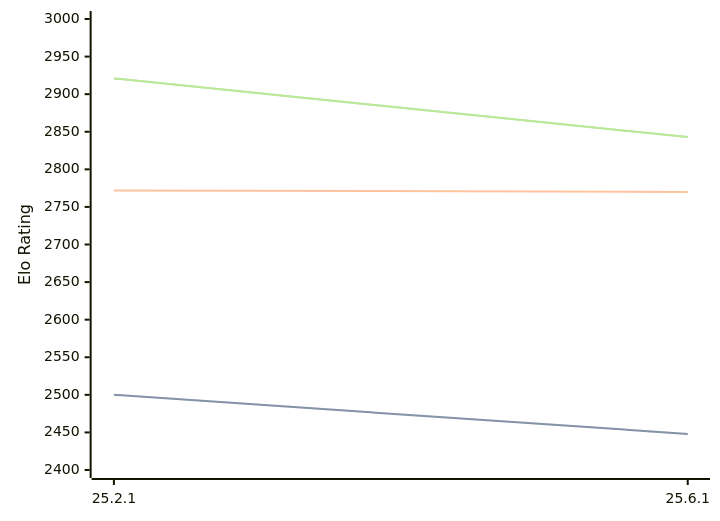
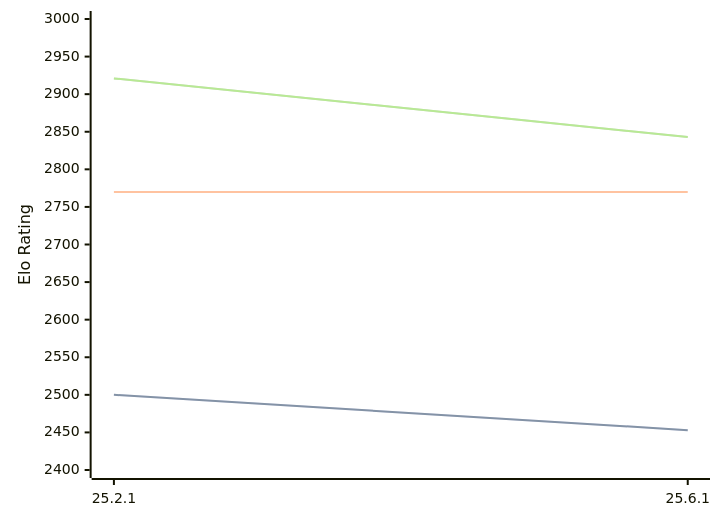
One commit to computer-chess-index/cci changed the diagram in engines/Crafty.md. Above: the diagram before and after it, drawn with Mermaid. The commit also changed other lines of this file, not shown here.

````diff
--- a/engines/Crafty.md
+++ b/engines/Crafty.md
@@ -32,11 +32,11 @@
 ```mermaid
 %%{init: {"theme":"base","themeVariables":{"seriesColors:['#a3a3a3','#222221','#faa371']}}}%%
 xychart-beta
   x-axis ["25.2.1", "25.6.1"]
   y-axis "Elo Rating" 2400 --> 3000
-  line "STC (8.0+0.08s)" [2500, 2448]
-  line "STC (8.0+0.08s)" [2500, 2448]
-  line "LTC (60.0+0.60s)" [2772, 2770]
+  line "STC (8.0+0.08s)" [2500, 2453]
+  line "STC (8.0+0.08s)" [2500, 2453]
+  line "LTC (60.0+0.60s)" [2770, 2770]
   line "VLTC (2m24s+1.12s)" [2921, 2843]
   line "VLTC (2m24s+1.12s)" [2921, 2843]
 ```
````
